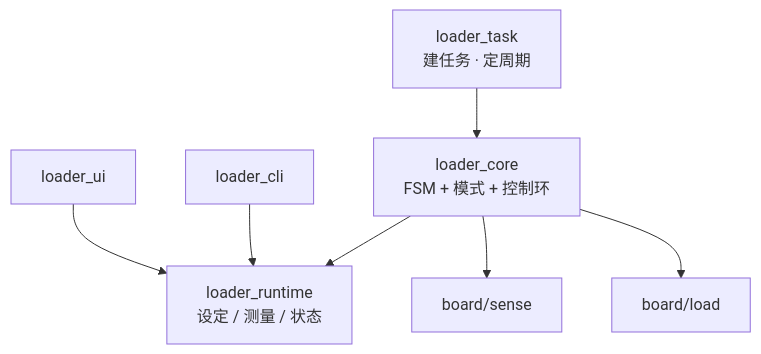
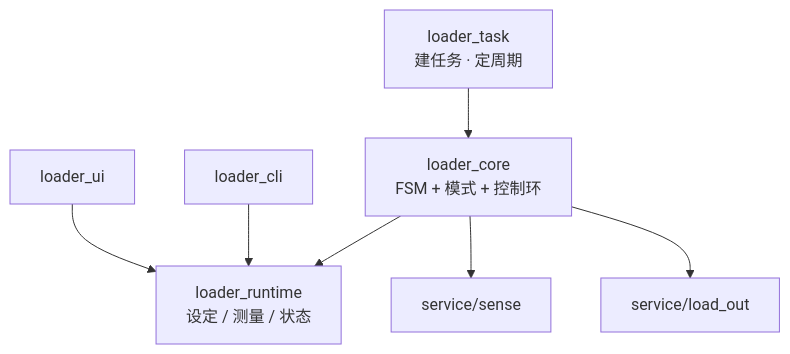
The eighth of 11 diagrams in README.md (4ImL3sSb0T/BaseFramework), drawn with Mermaid before and after one commit. The commit also changed other lines of this file and 66 other files, not shown here.

````diff
--- a/README.md
+++ b/README.md
@@ -213,17 +230,17 @@
 ```mermaid
 flowchart TB
   TASK[loader_task<br/>建任务 · 定周期]
   CORE[loader_core<br/>FSM + 模式 + 控制环]
   RT[loader_runtime<br/>设定 / 测量 / 状态]
   UI[loader_ui]
   CLI[loader_cli]
-  SENSE[board/sense]
-  OUT[board/load]
+  SENSE[service/sense]
+  OUT[service/load_out]
 
   TASK --> CORE
   UI --> RT
   CLI --> RT
   CORE --> RT
   CORE --> SENSE
   CORE --> OUT
 ```
````
